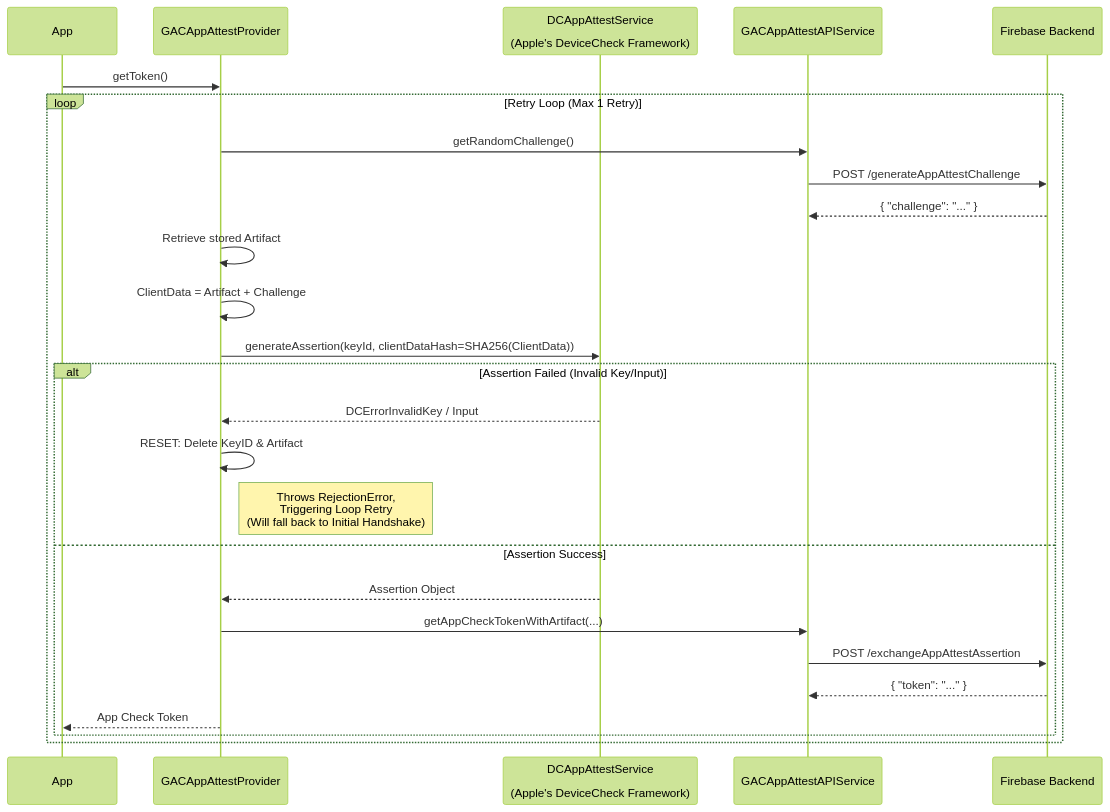
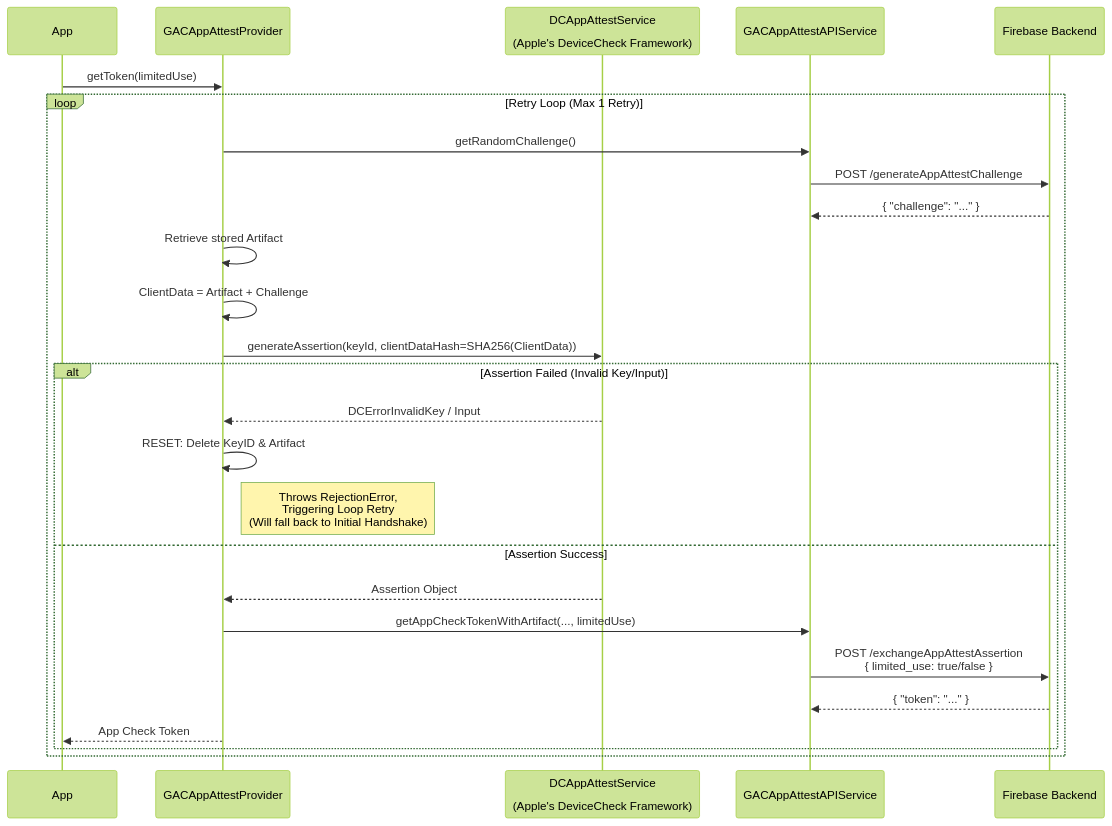
Before and after one commit to google/app-check: the third of 5 diagrams in docs/providers.md, drawn with Mermaid (forest theme). The commit also changed other lines of this file, not shown here.

````diff
--- a/docs/providers.md
+++ b/docs/providers.md
@@ -102,34 +116,34 @@
 ```mermaid
 sequenceDiagram
     participant App
     participant Provider as GACAppAttestProvider
     participant Apple as DCAppAttestService<br/><br/>(Apple's DeviceCheck Framework)
     participant API as GACAppAttestAPIService
     participant Backend as Firebase Backend
 
-    App->>Provider: getToken()
+    App->>Provider: getToken(limitedUse)
     
     loop Retry Loop (Max 1 Retry)
         Provider->>API: getRandomChallenge()
         API->>Backend: POST /generateAppAttestChallenge
         Backend-->>API: { "challenge": "..." }
 
         Provider->>Provider: Retrieve stored Artifact
         Provider->>Provider: ClientData = Artifact + Challenge
         Provider->>Apple: generateAssertion(keyId, clientDataHash=SHA256(ClientData))
         
         alt Assertion Failed (Invalid Key/Input)
             Apple-->>Provider: DCErrorInvalidKey / Input
             Provider->>Provider: RESET: Delete KeyID & Artifact
             Note right of Provider: Throws RejectionError,<br/>Triggering Loop Retry<br/>(Will fall back to Initial Handshake)
         else Assertion Success
             Apple-->>Provider: Assertion Object
             
-            Provider->>API: getAppCheckTokenWithArtifact(...)
-            API->>Backend: POST /exchangeAppAttestAssertion
+            Provider->>API: getAppCheckTokenWithArtifact(..., limitedUse)
+            API->>Backend: POST /exchangeAppAttestAssertion<br/>{ limited_use: true/false }
             Backend-->>API: { "token": "..." }
             
             Provider-->>App: App Check Token
         end
     end
 ```
````
